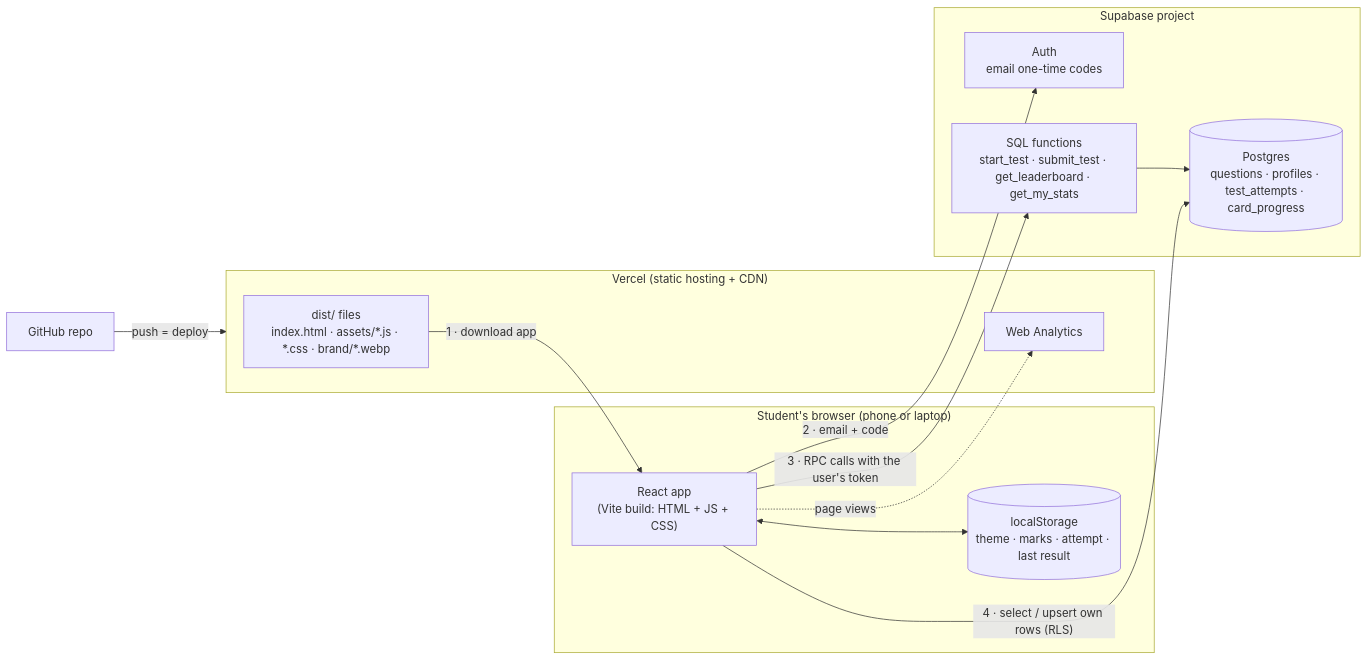
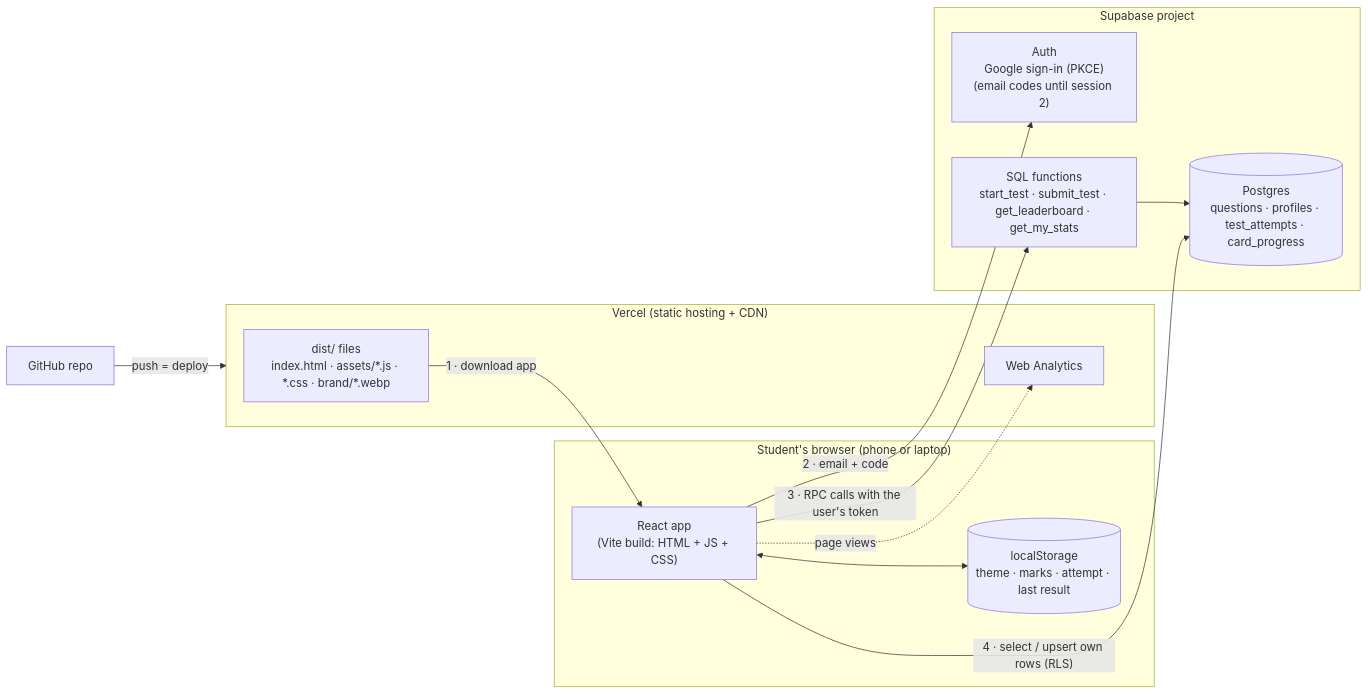
Before and after one commit to CoffeeAurCode/Psycology-of-learning: the first of 3 diagrams in learning_material/l1-01-what-we-built.md, drawn with Mermaid. The commit also changed other lines of this file and 39 other files, not shown here.

````diff
--- a/learning_material/l1-01-what-we-built.md
+++ b/learning_material/l1-01-what-we-built.md
@@ -50,24 +52,24 @@
 ```mermaid
 flowchart LR
   subgraph Phone["Student's browser (phone or laptop)"]
     UI["React app<br/>(Vite build: HTML + JS + CSS)"]
     LS[("localStorage<br/>theme · marks · attempt · last result")]
     UI <--> LS
   end
   subgraph Vercel["Vercel (static hosting + CDN)"]
     Static["dist/ files<br/>index.html · assets/*.js · *.css · brand/*.webp"]
     VA["Web Analytics"]
   end
   subgraph Supabase["Supabase project"]
-    Auth["Auth<br/>email one-time codes"]
+    Auth["Auth<br/>Google sign-in (PKCE)<br/>(email codes until session 2)"]
     DB[("Postgres<br/>questions · profiles · test_attempts · card_progress")]
     RPC["SQL functions<br/>start_test · submit_test · get_leaderboard · get_my_stats"]
     RPC --> DB
   end
   Static -- "1 · download app" --> UI
   UI -- "2 · email + code" --> Auth
   UI -- "3 · RPC calls with the user's token" --> RPC
   UI -- "4 · select / upsert own rows (RLS)" --> DB
   UI -. "page views" .-> VA
   GitHub["GitHub repo"] -- "push = deploy" --> Vercel
 ```
````
